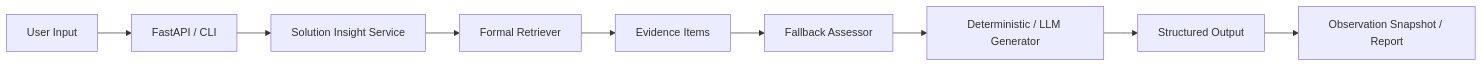
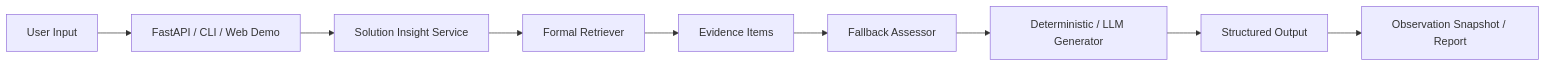
The first of 2 diagrams in docs/ARCHITECTURE_OVERVIEW.md (Martin-DLC/AI-Solution-Sales-Insight-Agent), drawn with Mermaid before and after one commit. The commit also changed other lines of this file and 7 other files, not shown here.

Commit message:
feat: polish portfolio web demo

````diff
--- a/docs/ARCHITECTURE_OVERVIEW.md
+++ b/docs/ARCHITECTURE_OVERVIEW.md
@@ -14,11 +15,11 @@
 ```mermaid
 flowchart LR
-    U[User Input] --> A[FastAPI / CLI]
+    U[User Input] --> A[FastAPI / CLI / Web Demo]
     A --> B[Solution Insight Service]
     B --> C[Formal Retriever]
     C --> D[Evidence Items]
     D --> E[Fallback Assessor]
     E --> F[Deterministic / LLM Generator]
     F --> G[Structured Output]
     G --> M[Observation Snapshot / Report]
 ```
````
